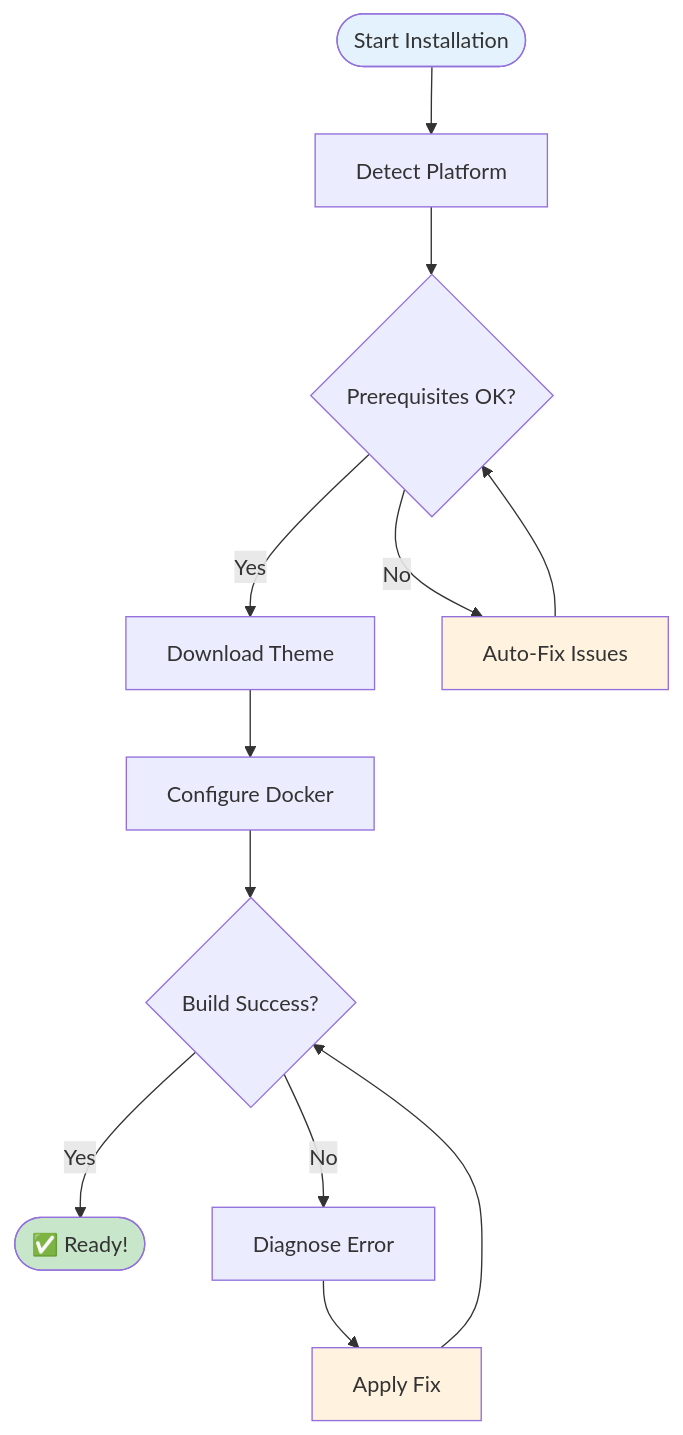
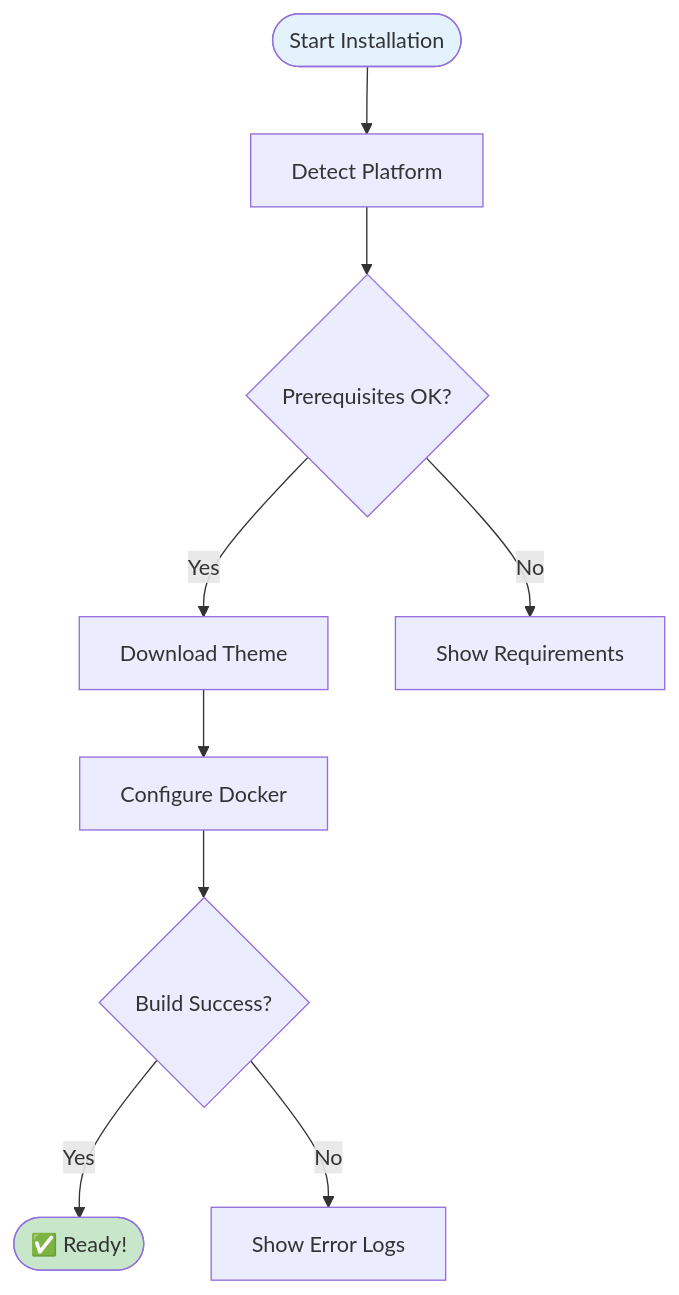
One commit to bamr87/zer0-CMS changed the fifth of 13 diagrams in packages/zer0-mistakes/README.md. Above: the diagram before and after it, drawn with Mermaid. The commit also changed other lines of this file, not shown here.

````diff
--- a/packages/zer0-mistakes/README.md
+++ b/packages/zer0-mistakes/README.md
@@ -235,22 +236,17 @@
 ```mermaid
 flowchart TD
     START([Start Installation]) --> DETECT[Detect Platform]
     DETECT --> CHECK{Prerequisites OK?}
     
     CHECK -->|Yes| DOWNLOAD[Download Theme]
-    CHECK -->|No| FIX[Auto-Fix Issues]
-    FIX --> CHECK
+    CHECK -->|No| GUIDE[Show Requirements]
     
     DOWNLOAD --> CONFIG[Configure Docker]
     CONFIG --> VALIDATE{Build Success?}
     
     VALIDATE -->|Yes| DONE([✅ Ready!])
-    VALIDATE -->|No| DIAGNOSE[Diagnose Error]
-    DIAGNOSE --> RECOVER[Apply Fix]
-    RECOVER --> VALIDATE
+    VALIDATE -->|No| LOGS[Show Error Logs]
     
     style START fill:#e3f2fd
     style DONE fill:#c8e6c9
-    style FIX fill:#fff3e0
-    style RECOVER fill:#fff3e0
 ```
````
